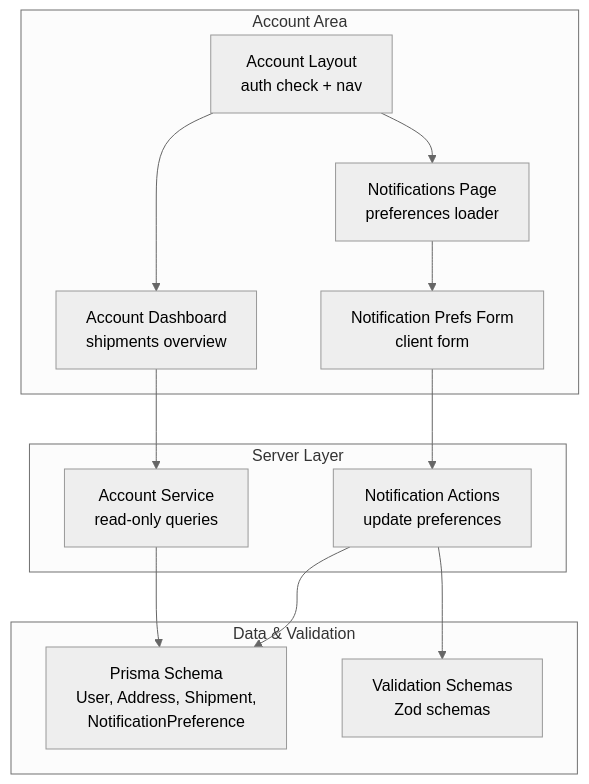
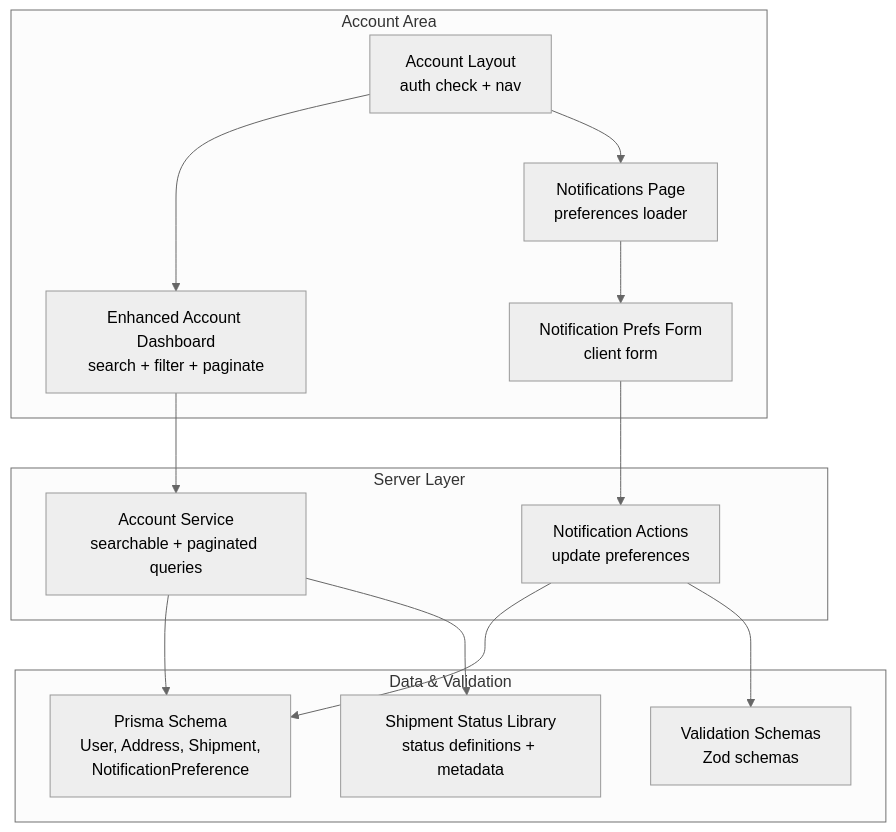
The first of 14 diagrams in .qoder/repowiki/en/content/Authentication System/User Management/User Profile Management.md (gyamposudodzi/Timberland), drawn with Mermaid (neutral theme) before and after one commit. The commit also changed other lines of this file and 48 other files, not shown here.

First line of the commit message:
feat(testing): expand E2E test coverage with new user flows and dashboard features

````diff
--- a/.qoder/repowiki/en/content/Authentication System/User Management/User Profile Management.md
+++ b/.qoder/repowiki/en/content/Authentication System/User Management/User Profile Management.md
@@ -45,25 +57,27 @@
 ```mermaid
 graph TB
 subgraph "Account Area"
 Layout["Account Layout<br/>auth check + nav"]
-Dashboard["Account Dashboard<br/>shipments overview"]
+Dashboard["Enhanced Account Dashboard<br/>search + filter + paginate"]
 Notifications["Notifications Page<br/>preferences loader"]
 PrefsForm["Notification Prefs Form<br/>client form"]
 end
 subgraph "Server Layer"
-AccountService["Account Service<br/>read-only queries"]
+AccountService["Account Service<br/>searchable + paginated queries"]
 NotificationActions["Notification Actions<br/>update preferences"]
 end
 subgraph "Data & Validation"
 Schema["Prisma Schema<br/>User, Address, Shipment,<br/>NotificationPreference"]
 Validation["Validation Schemas<br/>Zod schemas"]
+StatusLib["Shipment Status Library<br/>status definitions + metadata"]
 end
 Layout --> Dashboard
 Layout --> Notifications
+Dashboard --> AccountService
 Notifications --> PrefsForm
-Dashboard --> AccountService
 PrefsForm --> NotificationActions
 AccountService --> Schema
 NotificationActions --> Schema
 NotificationActions --> Validation
+AccountService --> StatusLib
 ```
````
